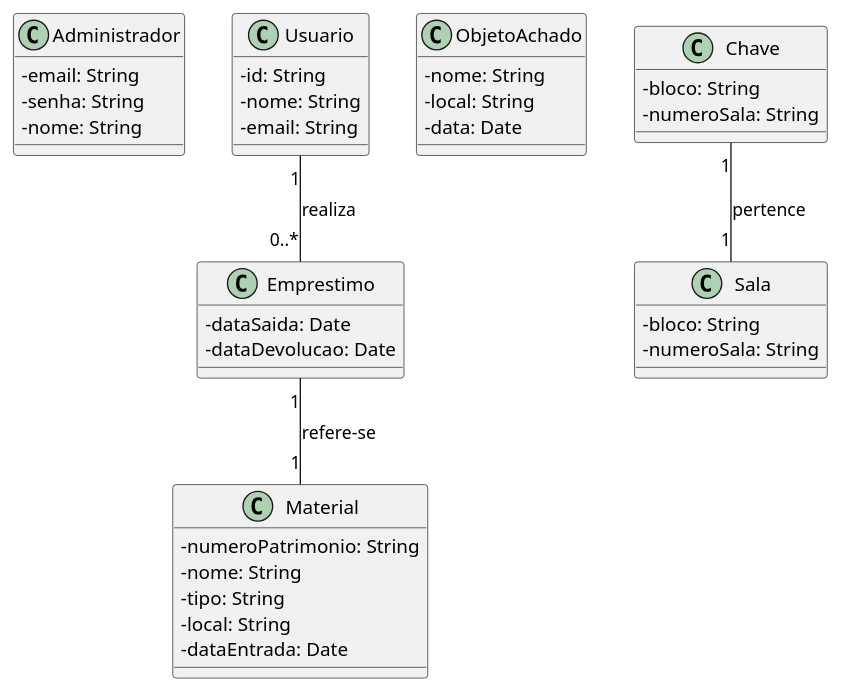
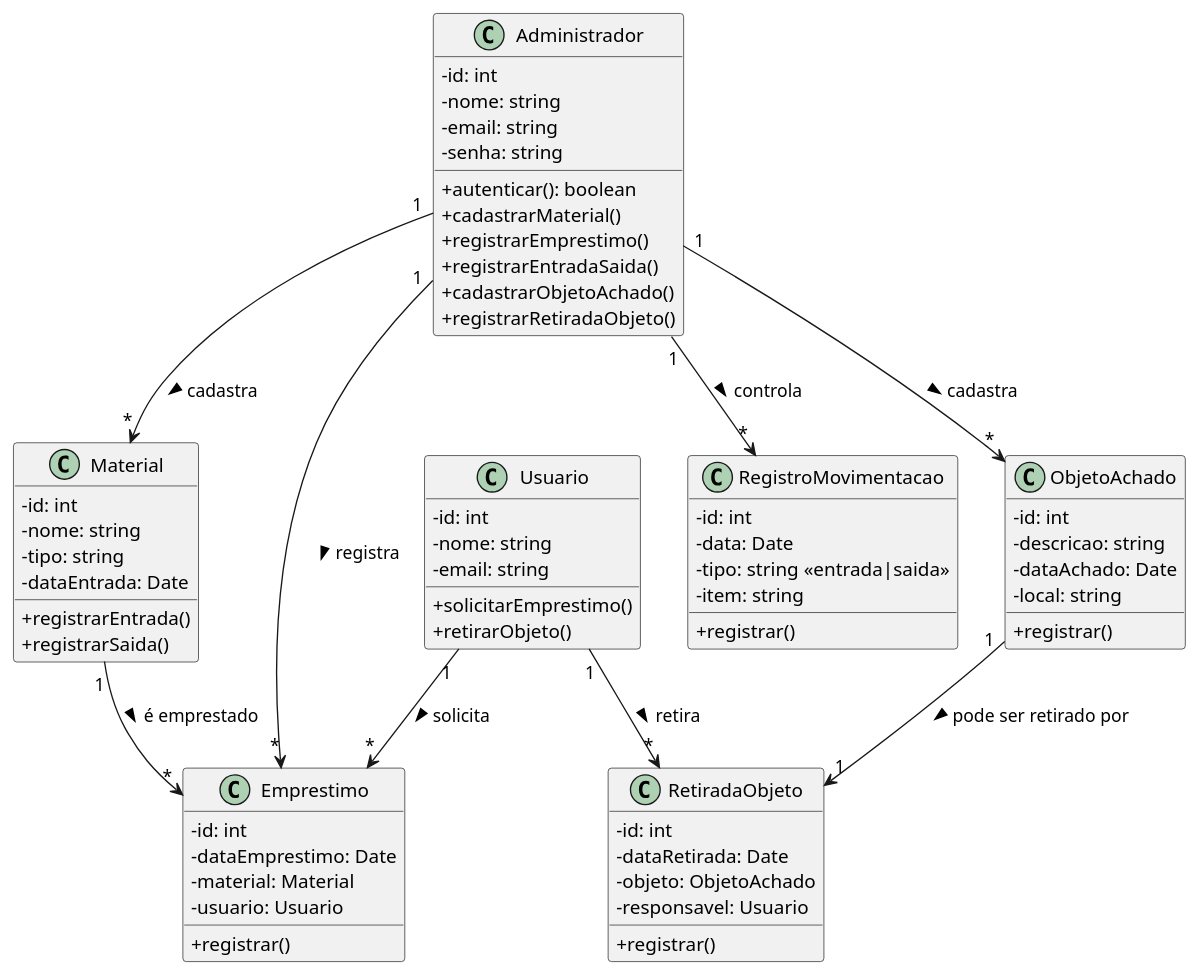
One commit to anabeatm/faculdade changed the diagram in 2025/APS/Abril/diagramaClasses.puml. Above: the diagram before and after it, drawn with PlantUML. The commit also changed 10 other files, not shown here.

```diff
--- a/2025/APS/Abril/diagramaClasses.puml
+++ b/2025/APS/Abril/diagramaClasses.puml
@@ -1,60 +1,77 @@
 @startuml
-
 skinparam classAttributeIconSize 0
 
-
 class Administrador {
-  - email: String
-  - senha: String
-  - nome: String
+  - id: int
+  - nome: string
+  - email: string
+  - senha: string
+  + autenticar(): boolean
+  + cadastrarMaterial()
+  + registrarEmprestimo()
+  + registrarEntradaSaida()
+  + cadastrarObjetoAchado()
+  + registrarRetiradaObjeto()
 }
 
-
 class Usuario {
-  - id: String
-  - nome: String
-  - email: String
+  - id: int
+  - nome: string
+  - email: string
+  + solicitarEmprestimo()
+  + retirarObjeto()
 }
 
-
 class Material {
-  - numeroPatrimonio: String
-  - nome: String
-  - tipo: String
-  - local: String
+  - id: int
+  - nome: string
+  - tipo: string
   - dataEntrada: Date
+  + registrarEntrada()
+  + registrarSaida()
 }
 
-
 class Emprestimo {
-  - dataSaida: Date
-  - dataDevolucao: Date
+  - id: int
+  - dataEmprestimo: Date
+  - material: Material
+  - usuario: Usuario
+  + registrar()
 }
 
-
-Usuario "1" -- "0..*" Emprestimo : realiza
-Emprestimo "1" -- "1" Material : refere-se
-
-
 class ObjetoAchado {
-  - nome: String
-  - local: String
-  - data: Date
+  - id: int
+  - descricao: string
+  - dataAchado: Date
+  - local: string
+  + registrar()
 }
 
-
-class Sala {
-  - bloco: String
-  - numeroSala: String
+class RetiradaObjeto {
+  - id: int
+  - dataRetirada: Date
+  - objeto: ObjetoAchado
+  - responsavel: Usuario
+  + registrar()
 }
 
-
-class Chave {
-  - bloco: String
-  - numeroSala: String
+class RegistroMovimentacao {
+  - id: int
+  - data: Date
+  - tipo: string <<entrada|saida>>
+  - item: string
+  + registrar()
 }
 
+Administrador "1" --> "*" Material : cadastra >
+Administrador "1" --> "*" ObjetoAchado : cadastra >
+Administrador "1" --> "*" Emprestimo : registra >
+Administrador "1" --> "*" RegistroMovimentacao : controla >
 
-Chave "1" -- "1" Sala : pertence
+Usuario "1" --> "*" Emprestimo : solicita >
+Usuario "1" --> "*" RetiradaObjeto : retira >
+
+Material "1" --> "*" Emprestimo : é emprestado >
+ObjetoAchado "1" --> "1" RetiradaObjeto : pode ser retirado por >
 
 @enduml
```
